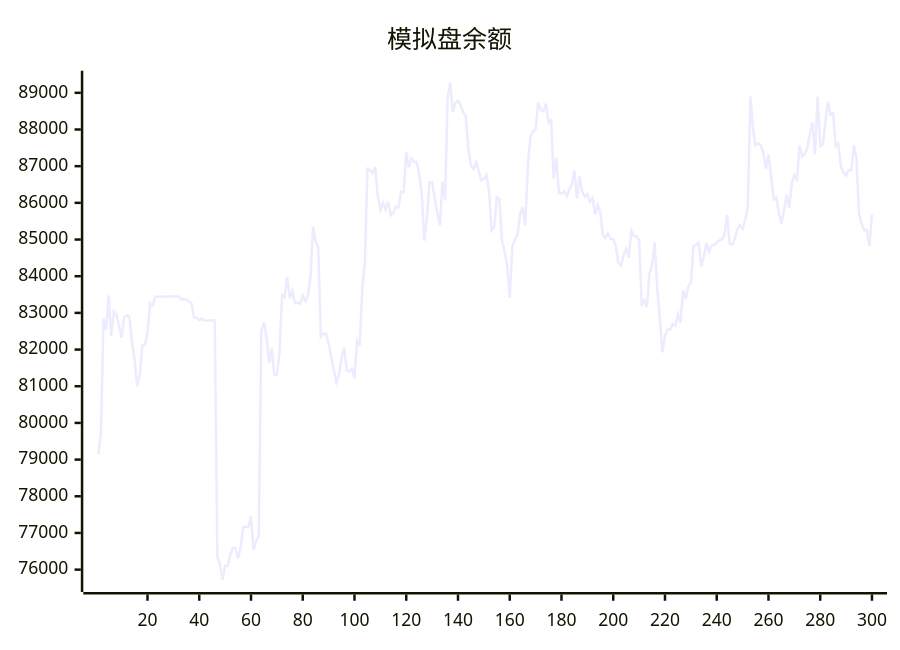
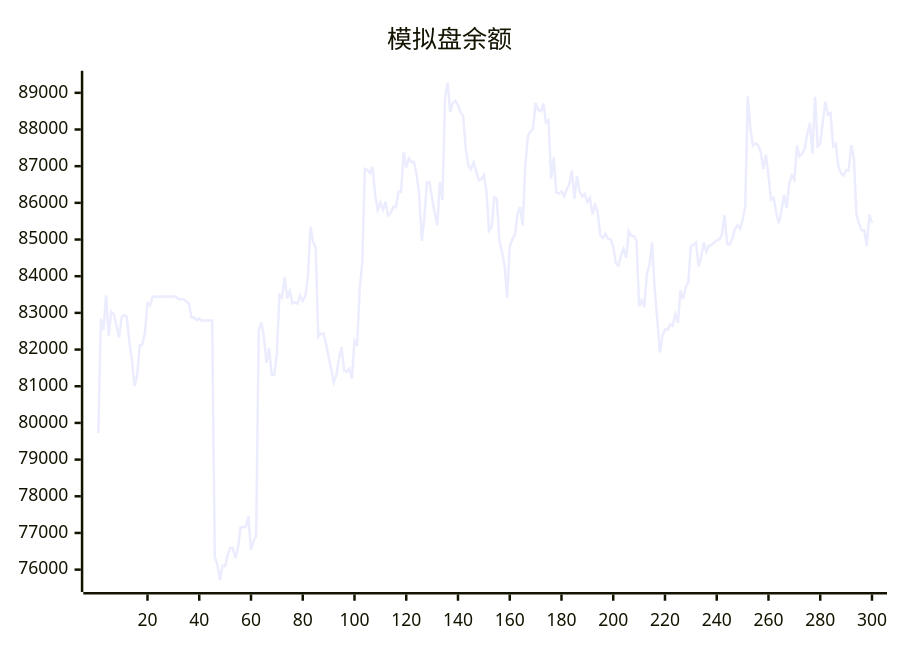
One commit to aahl/ai-trading changed the diagram in README.md. Above: the diagram before and after it, drawn with Mermaid. The commit also changed other lines of this file and 1 other file, not shown here.

````diff
--- a/README.md
+++ b/README.md
@@ -5,5 +5,5 @@
 ```mermaid
 xychart
     title "模拟盘余额"
-    line [79142,79722,82837,82533,83480,82366,83032,82960,82654,82330,82883,82934,82901,82188,81728,81005,81298,82110,82135,82449,83264,83203,83440,83439,83440,83440,83446,83447,83448,83447,83448,83449,83369,83369,83369,83313,83256,82872,82873,82801,82844,82785,82791,82791,82793,82794,76339,76145,75714,76110,76096,76397,76594,76585,76310,76607,77160,77170,77160,77456,76541,76774,76927,82520,82744,82337,81639,82040,81307,81314,81887,83490,83414,83984,83396,83594,83261,83287,83253,83470,83327,83465,83987,85348,84930,84786,82355,82433,82438,82167,81795,81466,81105,81315,81756,82064,81426,81398,81481,81210,82242,82099,83658,84359,86925,86892,86814,86980,86203,85802,86003,85811,86028,85657,85721,85896,85880,86300,86299,87378,86965,87214,87115,87118,86780,86238,84966,85623,86555,86562,86129,85722,85387,86569,86070,88870,89278,88477,88720,88781,88668,88467,88372,87493,87018,86917,87102,86870,86613,86644,86758,86317,85242,85334,86149,86106,84968,84671,84302,83410,84816,85001,85127,85693,85891,85384,87001,87811,87945,88007,88734,88528,88495,88705,88189,88248,86662,87234,86279,86251,86314,86177,86364,86503,86886,86114,86731,86310,86176,86240,86017,86136,85685,85938,85749,85111,85044,85164,85016,85008,84824,84354,84287,84572,84745,84500,85234,85096,85095,84970,83180,83338,83157,84070,84309,84922,83667,82850,81924,82369,82552,82539,82695,82648,82962,82728,83619,83378,83710,83825,84819,84854,84917,84265,84527,84919,84668,84834,84850,84916,84981,85004,85131,85674,84891,84864,85019,85284,85393,85294,85538,85894,88904,88012,87567,87625,87568,87386,86920,87313,86737,86094,86143,85725,85437,85787,86219,85859,86526,86740,86630,87563,87264,87335,87483,87886,88180,87335,88894,87544,87608,88207,88755,88401,88444,87543,87608,87000,86810,86740,86894,86884,87576,87209,85686,85435,85251,85255,84820,85689]
+    line [79722,82837,82533,83480,82366,83032,82960,82654,82330,82883,82934,82901,82188,81728,81005,81298,82110,82135,82449,83264,83203,83440,83439,83440,83440,83446,83447,83448,83447,83448,83449,83369,83369,83369,83313,83256,82872,82873,82801,82844,82785,82791,82791,82793,82794,76339,76145,75714,76110,76096,76397,76594,76585,76310,76607,77160,77170,77160,77456,76541,76774,76927,82520,82744,82337,81639,82040,81307,81314,81887,83490,83414,83984,83396,83594,83261,83287,83253,83470,83327,83465,83987,85348,84930,84786,82355,82433,82438,82167,81795,81466,81105,81315,81756,82064,81426,81398,81481,81210,82242,82099,83658,84359,86925,86892,86814,86980,86203,85802,86003,85811,86028,85657,85721,85896,85880,86300,86299,87378,86965,87214,87115,87118,86780,86238,84966,85623,86555,86562,86129,85722,85387,86569,86070,88870,89278,88477,88720,88781,88668,88467,88372,87493,87018,86917,87102,86870,86613,86644,86758,86317,85242,85334,86149,86106,84968,84671,84302,83410,84816,85001,85127,85693,85891,85384,87001,87811,87945,88007,88734,88528,88495,88705,88189,88248,86662,87234,86279,86251,86314,86177,86364,86503,86886,86114,86731,86310,86176,86240,86017,86136,85685,85938,85749,85111,85044,85164,85016,85008,84824,84354,84287,84572,84745,84500,85234,85096,85095,84970,83180,83338,83157,84070,84309,84922,83667,82850,81924,82369,82552,82539,82695,82648,82962,82728,83619,83378,83710,83825,84819,84854,84917,84265,84527,84919,84668,84834,84850,84916,84981,85004,85131,85674,84891,84864,85019,85284,85393,85294,85538,85894,88904,88012,87567,87625,87568,87386,86920,87313,86737,86094,86143,85725,85437,85787,86219,85859,86526,86740,86630,87563,87264,87335,87483,87886,88180,87335,88894,87544,87608,88207,88755,88401,88444,87543,87608,87000,86810,86740,86894,86884,87576,87209,85686,85435,85251,85255,84820,85689,85453]
 ```
````
